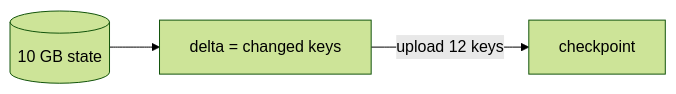
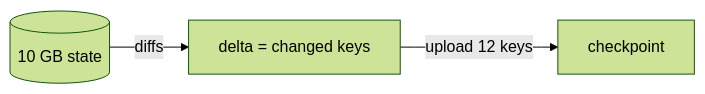
The tenth of 19 diagrams in docs/ch07-the-practicalities-of-persistent-state.md (vinayakuber/streaming-systems-study-guide), drawn with Mermaid (forest theme) before and after one commit. The commit also changed other lines of this file and 22 other files, not shown here.

First line of the commit message:
R18: label every diagram arrow with its meaning

````diff
--- a/docs/ch07-the-practicalities-of-persistent-state.md
+++ b/docs/ch07-the-practicalities-of-persistent-state.md
@@ -259,5 +259,5 @@
 ```mermaid
 flowchart LR
-  S[(10 GB state)] --> D["delta = changed keys"]
+  S[(10 GB state)] -->|"diffs"| D["delta = changed keys"]
   D -->|upload 12 keys| C["checkpoint"]
 ```
````
